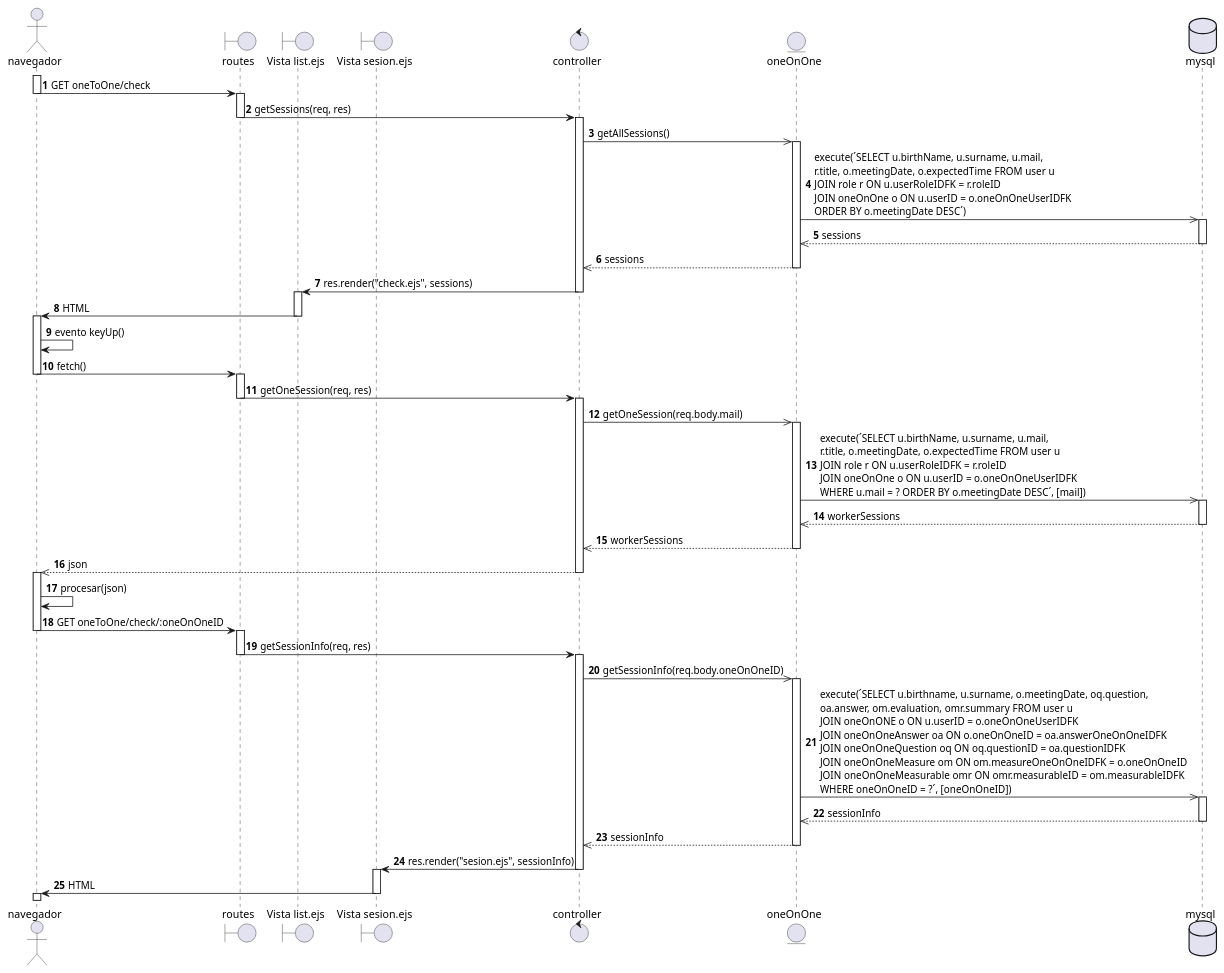
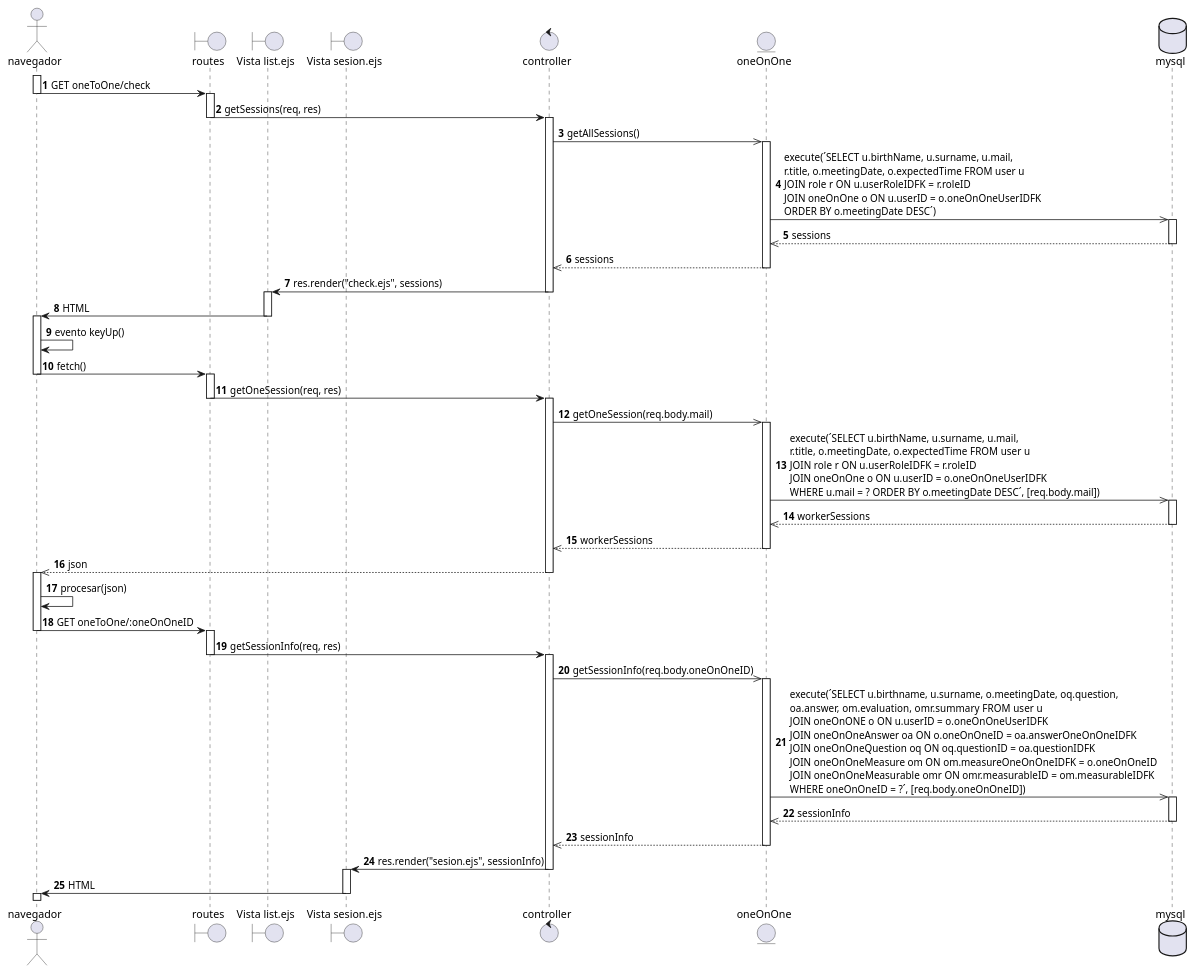
Before and after one commit to EdCanCe/WorkCells: the diagram in diagrams/Casos de Uso/yael req fun/Diagramas de Secuencia/superadminConsultaSesionOneOnOne.puml, drawn with PlantUML. The commit also changed 1 other file, not shown here.

Commit message:
Update: diagramas de secuencia actualizados en registrar ausencias y consultar sesiones one on one

```diff
--- a/diagrams/Casos de Uso/yael req fun/Diagramas de Secuencia/superadminConsultaSesionOneOnOne.puml
+++ b/diagrams/Casos de Uso/yael req fun/Diagramas de Secuencia/superadminConsultaSesionOneOnOne.puml
@@ -1,78 +1,78 @@
 @startuml
 
 actor navegador
 boundary routes
 boundary "Vista list.ejs" as list
 boundary "Vista sesion.ejs" as sesion
 control controller
 entity oneOnOne as one
 database mysql
 
 autonumber
 
 activate navegador
 navegador -> routes: GET oneToOne/check
 deactivate navegador
 activate routes
 routes -> controller: getSessions(req, res)
 deactivate routes
 
 activate controller
 controller ->> one: getAllSessions()
 activate one
 one ->> mysql: execute(´SELECT u.birthName, u.surname, u.mail, \nr.title, o.meetingDate, o.expectedTime FROM user u \nJOIN role r ON u.userRoleIDFK = r.roleID \nJOIN oneOnOne o ON u.userID = o.oneOnOneUserIDFK \nORDER BY o.meetingDate DESC´)
 activate mysql
 mysql -->> one: sessions
 deactivate mysql
 one -->> controller: sessions
 deactivate one
 
 controller -> list: res.render("check.ejs", sessions)
 deactivate controller
 activate list
 list -> navegador: HTML
 deactivate list
 activate navegador
 navegador -> navegador: evento keyUp()
 navegador -> routes: fetch()
 deactivate navegador
 activate routes
 routes -> controller: getOneSession(req, res)
 deactivate routes
 activate controller
 controller ->> one: getOneSession(req.body.mail)
 activate one
-one ->> mysql: execute(´SELECT u.birthName, u.surname, u.mail, \nr.title, o.meetingDate, o.expectedTime FROM user u \nJOIN role r ON u.userRoleIDFK = r.roleID \nJOIN oneOnOne o ON u.userID = o.oneOnOneUserIDFK \nWHERE u.mail = ? ORDER BY o.meetingDate DESC´, [mail])
+one ->> mysql: execute(´SELECT u.birthName, u.surname, u.mail, \nr.title, o.meetingDate, o.expectedTime FROM user u \nJOIN role r ON u.userRoleIDFK = r.roleID \nJOIN oneOnOne o ON u.userID = o.oneOnOneUserIDFK \nWHERE u.mail = ? ORDER BY o.meetingDate DESC´, [req.body.mail])
 activate mysql
 mysql -->> one: workerSessions
 deactivate mysql
 one -->> controller: workerSessions
 deactivate one
 
 controller -->> navegador: json
 deactivate controller
 activate navegador
 navegador -> navegador: procesar(json)
-navegador -> routes: GET oneToOne/check/:oneOnOneID
+navegador -> routes: GET oneToOne/:oneOnOneID
 deactivate navegador
 
 activate routes
 routes -> controller: getSessionInfo(req, res)
 deactivate routes
 activate controller
 controller ->> one: getSessionInfo(req.body.oneOnOneID)
 activate one
-one ->> mysql: execute(´SELECT u.birthname, u.surname, o.meetingDate, oq.question, \noa.answer, om.evaluation, omr.summary FROM user u \nJOIN oneOnONE o ON u.userID = o.oneOnOneUserIDFK \nJOIN oneOnOneAnswer oa ON o.oneOnOneID = oa.answerOneOnOneIDFK \nJOIN oneOnOneQuestion oq ON oq.questionID = oa.questionIDFK \nJOIN oneOnOneMeasure om ON om.measureOneOnOneIDFK = o.oneOnOneID \nJOIN oneOnOneMeasurable omr ON omr.measurableID = om.measurableIDFK \nWHERE oneOnOneID = ?´, [oneOnOneID])
+one ->> mysql: execute(´SELECT u.birthname, u.surname, o.meetingDate, oq.question, \noa.answer, om.evaluation, omr.summary FROM user u \nJOIN oneOnONE o ON u.userID = o.oneOnOneUserIDFK \nJOIN oneOnOneAnswer oa ON o.oneOnOneID = oa.answerOneOnOneIDFK \nJOIN oneOnOneQuestion oq ON oq.questionID = oa.questionIDFK \nJOIN oneOnOneMeasure om ON om.measureOneOnOneIDFK = o.oneOnOneID \nJOIN oneOnOneMeasurable omr ON omr.measurableID = om.measurableIDFK \nWHERE oneOnOneID = ?´, [req.body.oneOnOneID])
 activate mysql
 mysql -->> one: sessionInfo
 deactivate mysql
 one -->> controller: sessionInfo
 deactivate one
 controller -> sesion: res.render("sesion.ejs", sessionInfo)
 deactivate controller
 
 activate sesion
 sesion -> navegador: HTML
 deactivate sesion 
 activate navegador
 @enduml
```
